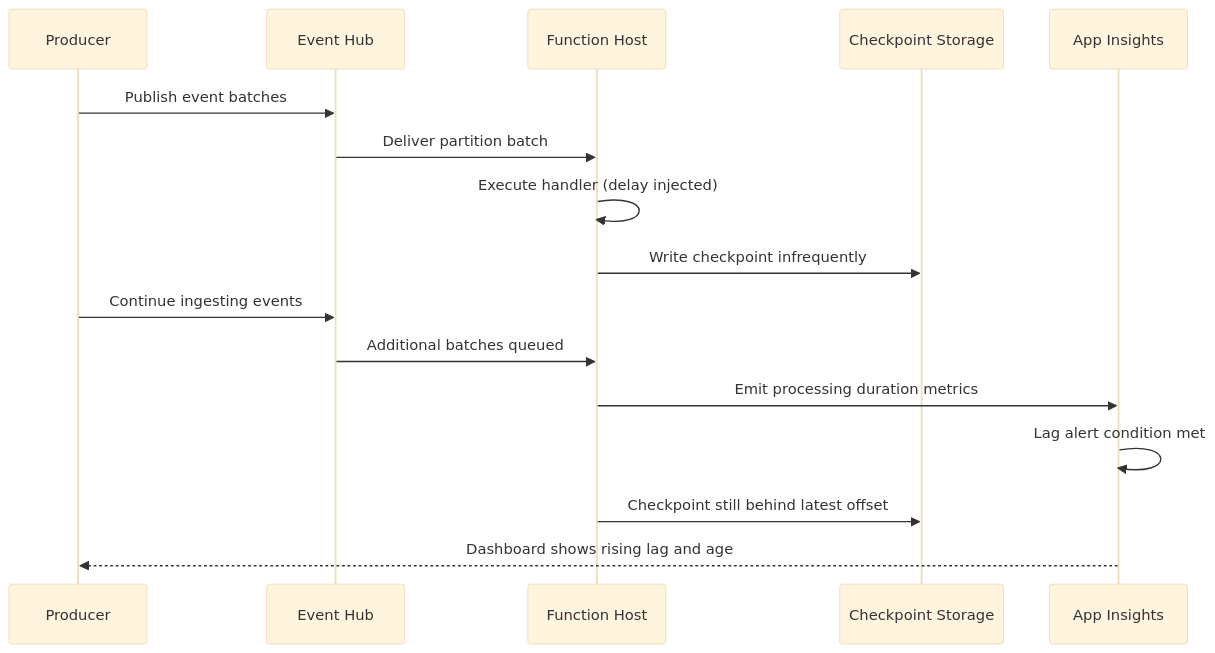
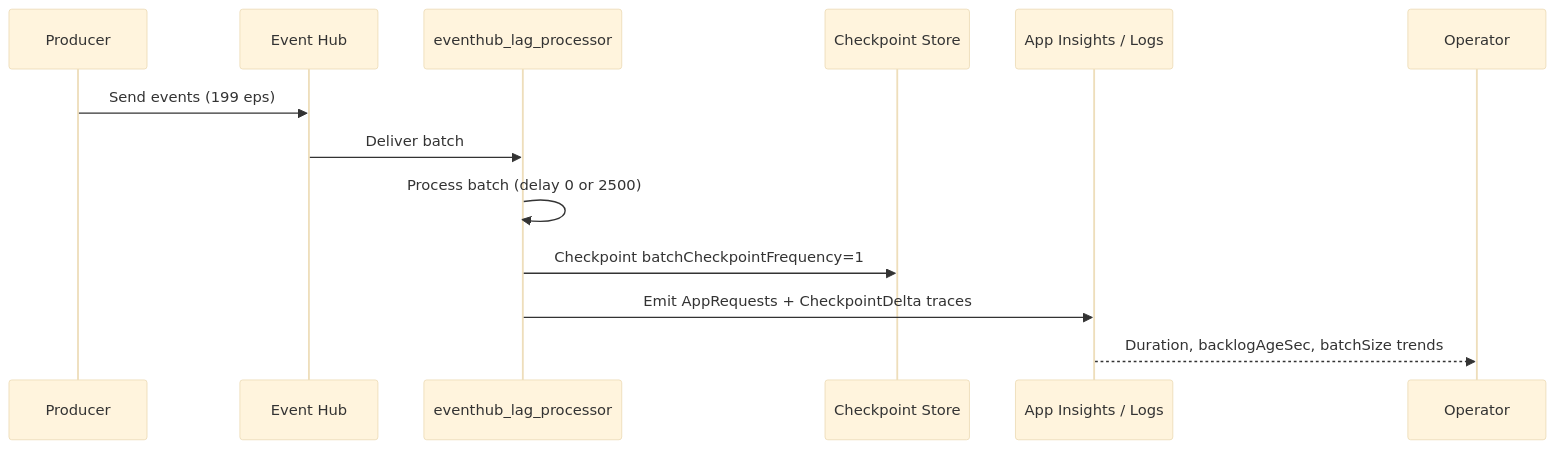
Before and after one commit to yeongseon/azure-functions-practical-guide: the second of 5 diagrams in docs/troubleshooting/lab-guides/event-hub-checkpoint-lag.md, drawn with Mermaid (base theme). The commit also changed other lines of this file and 21 other files, not shown here.

````diff
--- a/docs/troubleshooting/lab-guides/event-hub-checkpoint-lag.md
+++ b/docs/troubleshooting/lab-guides/event-hub-checkpoint-lag.md
@@ -54,18 +55,15 @@
 ```mermaid
 sequenceDiagram
-    participant P as Producer
+    participant Prod as Producer
     participant EH as Event Hub
-    participant F as Function Host
-    participant S as Checkpoint Storage
-    participant AI as App Insights
-    P->>EH: Publish event batches
-    EH->>F: Deliver partition batch
-    F->>F: Execute handler (delay injected)
-    F->>S: Write checkpoint infrequently
-    P->>EH: Continue ingesting events
-    EH->>F: Additional batches queued
-    F->>AI: Emit processing duration metrics
-    AI->>AI: Lag alert condition met
-    F->>S: Checkpoint still behind latest offset
-    AI-->>P: Dashboard shows rising lag and age
+    participant Func as eventhub_lag_processor
+    participant Store as Checkpoint Store
+    participant AI as App Insights / Logs
+
+    Prod->>EH: Send events (199 eps)
+    EH->>Func: Deliver batch
+    Func->>Func: Process batch (delay 0 or 2500)
+    Func->>Store: Checkpoint batchCheckpointFrequency=1
+    Func->>AI: Emit AppRequests + CheckpointDelta traces
+    AI-->>Operator: Duration, backlogAgeSec, batchSize trends
 ```
````
